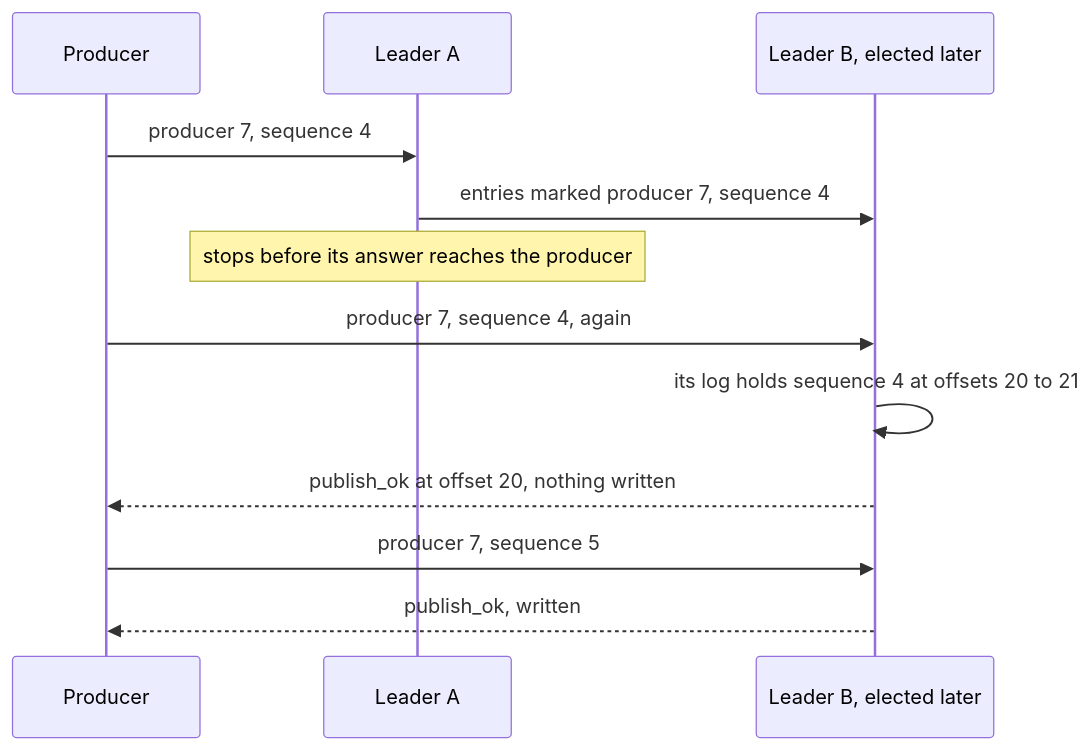
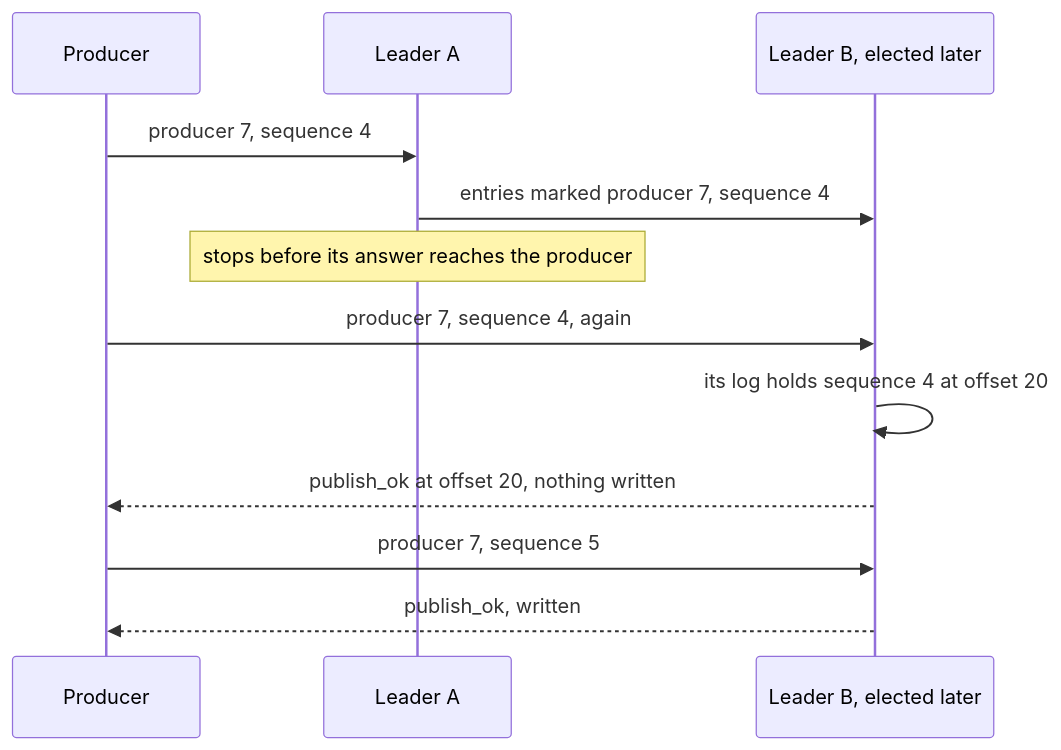
One commit to GetFelix/felix changed the fourth of 7 diagrams in docs/per-shard-raft.md. Above: the diagram before and after it, drawn with Mermaid. The commit also changed other lines of this file and 18 other files, not shown here.

````diff
--- a/docs/per-shard-raft.md
+++ b/docs/per-shard-raft.md
@@ -2023,14 +2022,14 @@
 ```mermaid
 sequenceDiagram
     participant P as Producer
     participant A as Leader A
     participant B as Leader B, elected later
     P->>A: producer 7, sequence 4
     A->>B: entries marked producer 7, sequence 4
     Note over A: stops before its answer reaches the producer
     P->>B: producer 7, sequence 4, again
-    B->>B: its log holds sequence 4 at offsets 20 to 21
+    B->>B: its log holds sequence 4 at offset 20
     B-->>P: publish_ok at offset 20, nothing written
     P->>B: producer 7, sequence 5
     B-->>P: publish_ok, written
 ```
````
